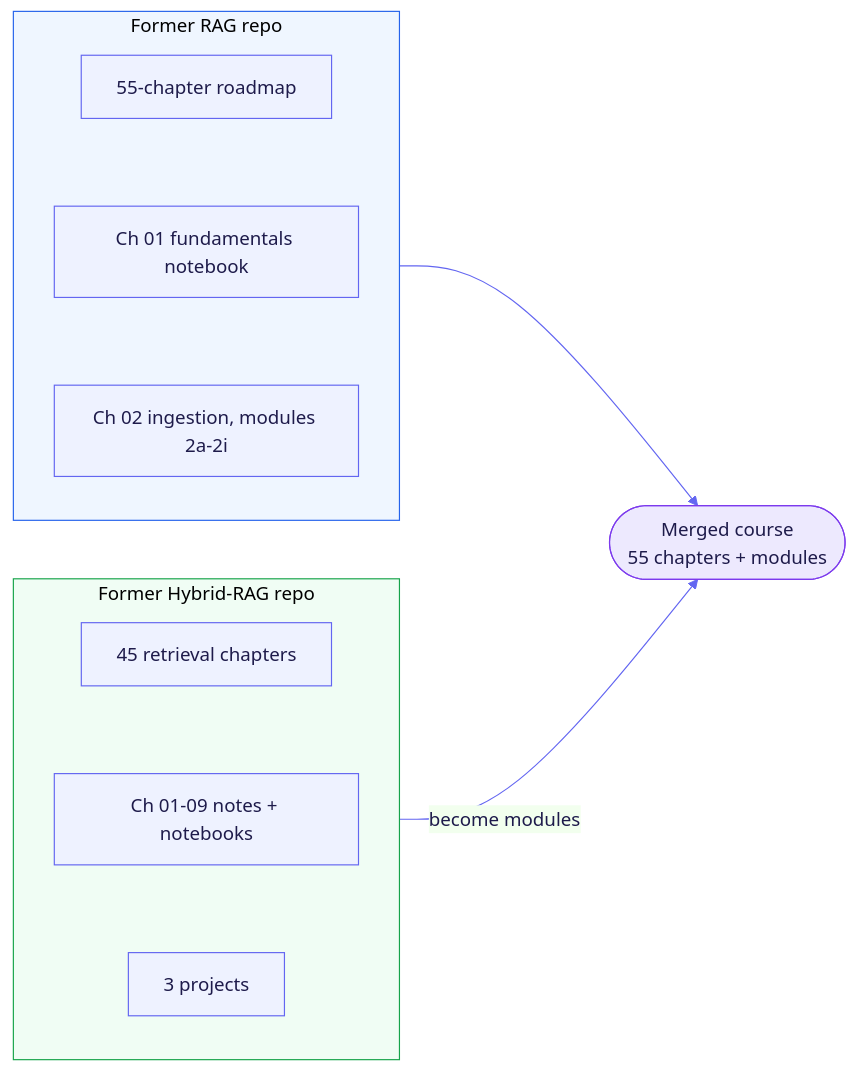
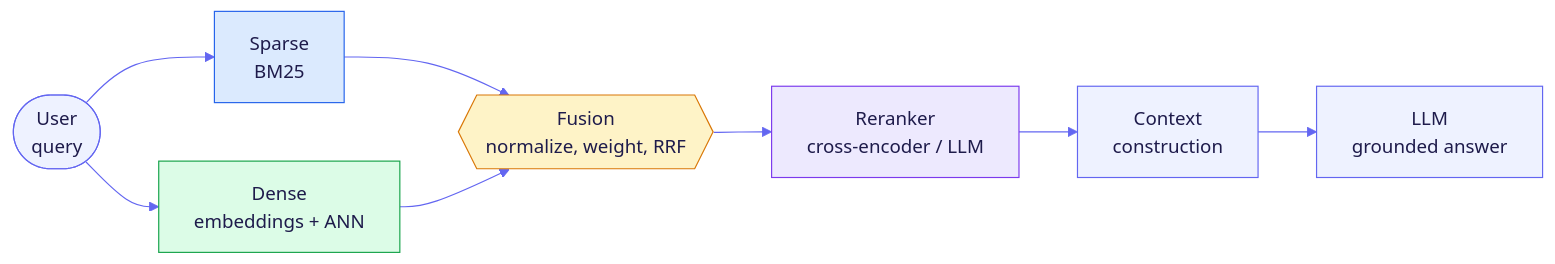
The third of 3 diagrams in README.md (ajay-nikumbh/RAG), drawn with Mermaid before and after one commit. The commit also changed other lines of this file and 847 other files, not shown here.

````diff
--- a/README.md
+++ b/README.md
@@ -18,17 +324,15 @@
 ```mermaid
 %%{init: {'theme':'base','themeVariables':{'primaryColor':'#EEF2FF','primaryBorderColor':'#6366F1','primaryTextColor':'#1E1B4B','lineColor':'#6366F1'}}}%%
 flowchart LR
-    subgraph R["Former RAG repo"]
-        direction TB
-        r1["55-chapter roadmap"] ~~~ r2["Ch 01 fundamentals notebook"] ~~~ r3["Ch 02 ingestion, modules 2a-2i"]
-    end
-    subgraph H["Former Hybrid-RAG repo"]
-        direction TB
-        h1["45 retrieval chapters"] ~~~ h2["Ch 01-09 notes + notebooks"] ~~~ h3["3 projects"]
-    end
-    R --> M(["Merged course<br/>55 chapters + modules"])
-    H -->|"become modules"| M
-    style R fill:#EFF6FF,stroke:#2563EB
-    style H fill:#F0FDF4,stroke:#16A34A
-    style M fill:#EDE9FE,stroke:#7C3AED
+    Q(["User<br/>query"]) --> SP["Sparse<br/>BM25"]
+    Q --> DE["Dense<br/>embeddings + ANN"]
+    SP --> FU{{"Fusion<br/>normalize, weight, RRF"}}
+    DE --> FU
+    FU --> RR["Reranker<br/>cross-encoder / LLM"]
+    RR --> CX["Context<br/>construction"]
+    CX --> LLM["LLM<br/>grounded answer"]
+    style SP fill:#DBEAFE,stroke:#2563EB
+    style DE fill:#DCFCE7,stroke:#16A34A
+    style FU fill:#FEF3C7,stroke:#D97706
+    style RR fill:#EDE9FE,stroke:#7C3AED
 ```
````
